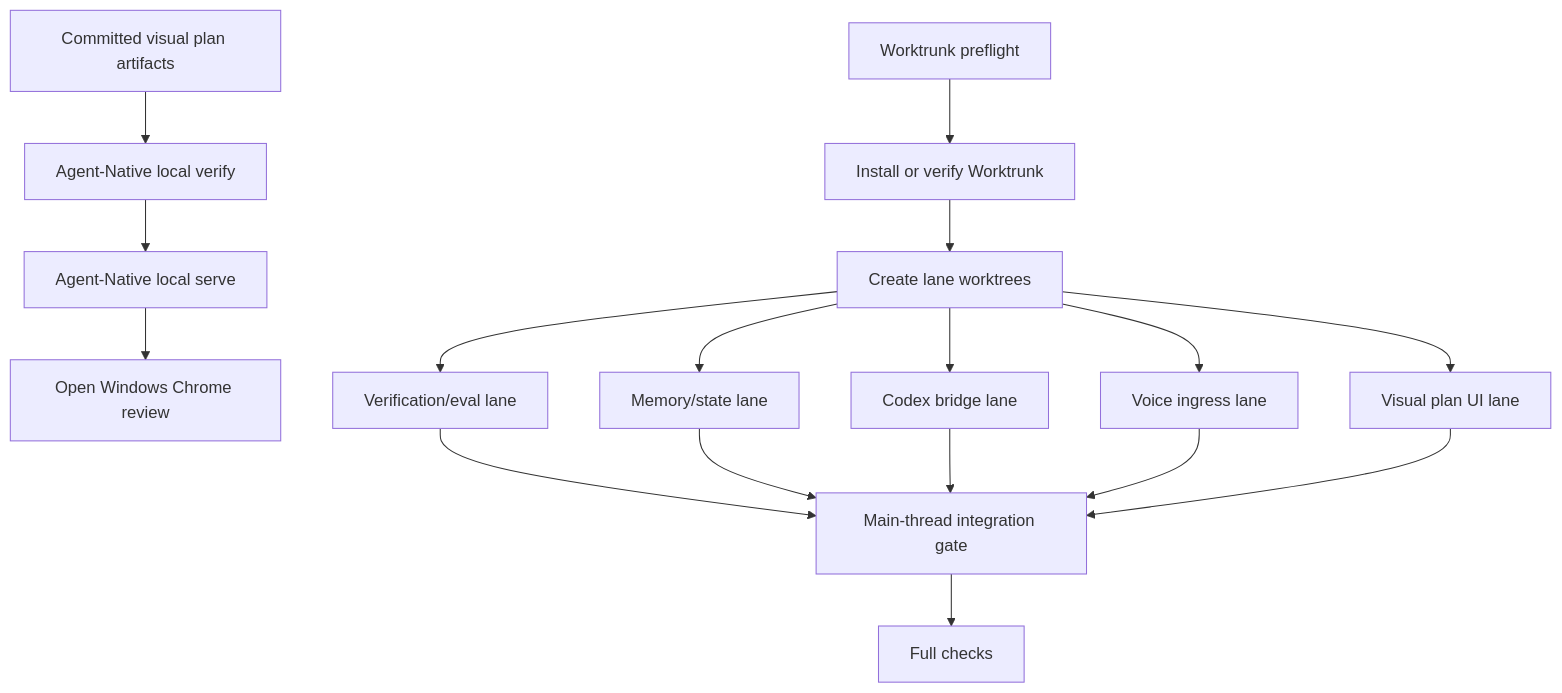
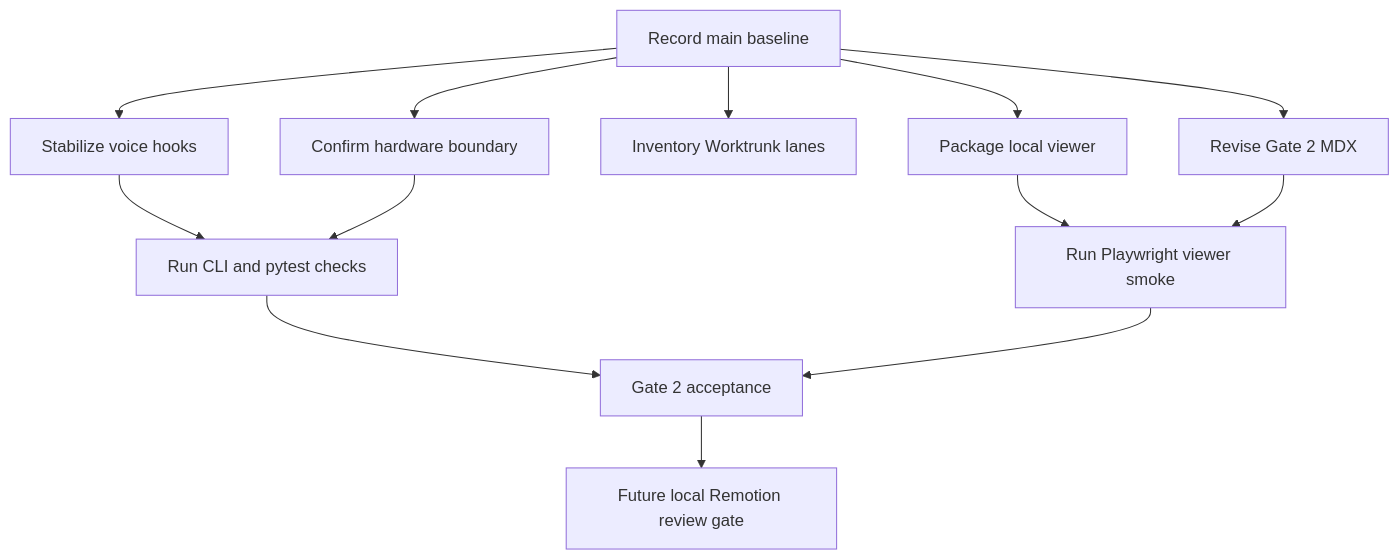
Before and after one commit to cyIVER/jarvis-codex: the first of 3 diagrams in plans/jarvis-codex-swarm/canvas.mdx, drawn with Mermaid. The commit also changed other lines of this file and 4 other files, not shown here.

Commit message:
Stabilize Gate 2 local viewer baseline

````diff
--- a/plans/jarvis-codex-swarm/canvas.mdx
+++ b/plans/jarvis-codex-swarm/canvas.mdx
@@ -5,31 +5,26 @@
 ```mermaid
 flowchart TD
-  P[Committed visual plan artifacts]
-  ANV[Agent-Native local verify]
-  ANS[Agent-Native local serve]
-  CH[Open Windows Chrome review]
-  WTP[Worktrunk preflight]
-  WTI[Install or verify Worktrunk]
-  WTV[Create lane worktrees]
-  VE[Verification/eval lane]
-  MS[Memory/state lane]
-  CB[Codex bridge lane]
-  VI[Voice ingress lane]
-  VP[Visual plan UI lane]
-  INT[Main-thread integration gate]
-  FULL[Full checks]
+  Base[Record main baseline]
+  Viewer[Package local viewer]
+  Plan[Revise Gate 2 MDX]
+  WT[Inventory Worktrunk lanes]
+  Voice[Stabilize voice hooks]
+  HW[Confirm hardware boundary]
+  Tests[Run CLI and pytest checks]
+  Browser[Run Playwright viewer smoke]
+  Gate[Gate 2 acceptance]
+  Remotion[Future local Remotion review gate]
 
-  P --> ANV --> ANS --> CH
-  WTP --> WTI --> WTV
-  WTV --> VE
-  WTV --> MS
-  WTV --> CB
-  WTV --> VI
-  WTV --> VP
-  VE --> INT
-  MS --> INT
-  CB --> INT
-  VI --> INT
-  VP --> INT
-  INT --> FULL
+  Base --> Viewer
+  Base --> Plan
+  Base --> WT
+  Base --> Voice
+  Base --> HW
+  Viewer --> Browser
+  Voice --> Tests
+  HW --> Tests
+  Plan --> Browser
+  Tests --> Gate
+  Browser --> Gate
+  Gate --> Remotion
 ```
````
